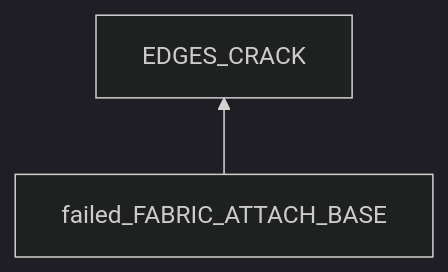
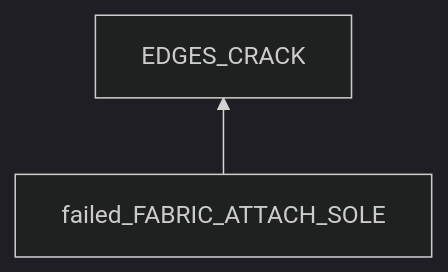
Before and after one commit to SuxinL/Notes: the third of 4 diagrams in physics_chemistry/glue_not_sticky.md, drawn with Mermaid (dark theme). The commit also changed other lines of this file, not shown here.

````diff
--- a/physics_chemistry/glue_not_sticky.md
+++ b/physics_chemistry/glue_not_sticky.md
@@ -131,5 +131,5 @@
 ```mermaid
 flowchart BT
 	EDGES_CRACK
-	failed_FABRIC_ATTACH_BASE --> EDGES_CRACK 
+	failed_FABRIC_ATTACH_SOLE --> EDGES_CRACK 
 ```
````
